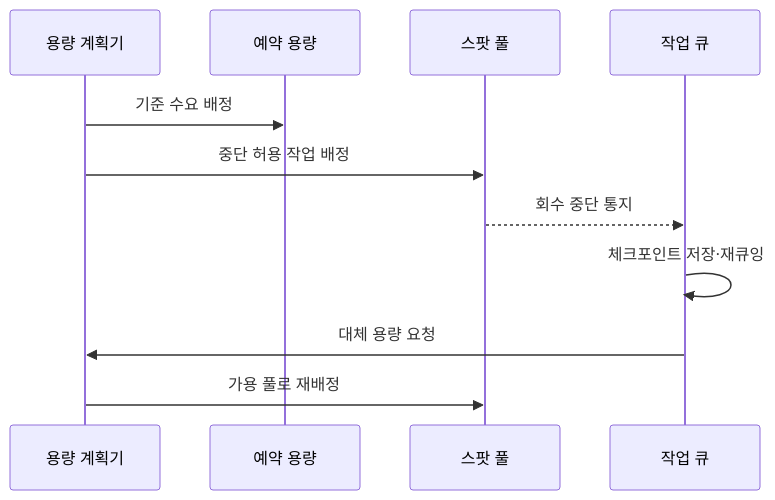
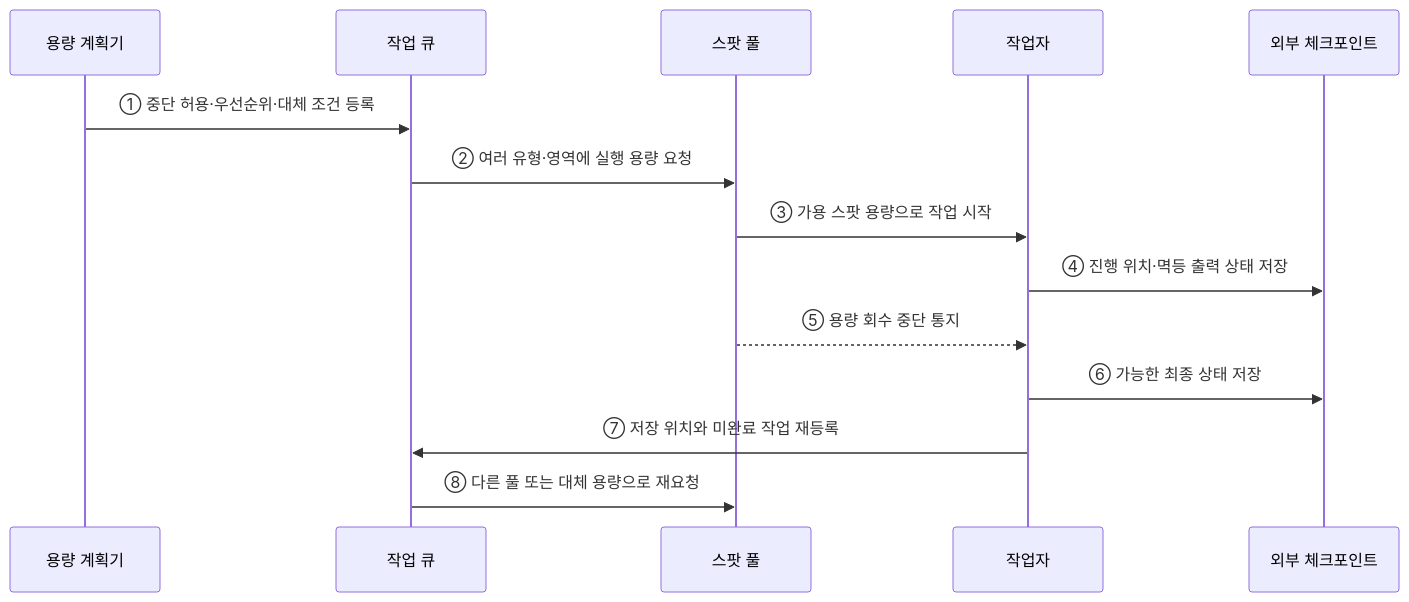
Before and after one commit to agnusdei1207/knowledge-base: the second of 2 diagrams in src/content/docs/notes/03-software/148_reserved_spot_instance.md, drawn with Mermaid. The commit also changed other lines of this file and 20 other files, not shown here.

````diff
--- a/src/content/docs/notes/03-software/148_reserved_spot_instance.md
+++ b/src/content/docs/notes/03-software/148_reserved_spot_instance.md
@@ -83,13 +72,16 @@
 ```mermaid
 sequenceDiagram
     participant P as 용량 계획기
-    participant R as 예약 용량
+    participant Q as 작업 큐
     participant S as 스팟 풀
-    participant Q as 작업 큐
-    P->>R: 기준 수요 배정
-    P->>S: 중단 허용 작업 배정
-    S-->>Q: 회수 중단 통지
-    Q->>Q: 체크포인트 저장·재큐잉
-    Q->>P: 대체 용량 요청
-    P->>S: 가용 풀로 재배정
+    participant W as 작업자
+    participant C as 외부 체크포인트
+    P->>Q: ① 중단 허용·우선순위·대체 조건 등록
+    Q->>S: ② 여러 유형·영역에 실행 용량 요청
+    S->>W: ③ 가용 스팟 용량으로 작업 시작
+    W->>C: ④ 진행 위치·멱등 출력 상태 저장
+    S-->>W: ⑤ 용량 회수 중단 통지
+    W->>C: ⑥ 가능한 최종 상태 저장
+    W->>Q: ⑦ 저장 위치와 미완료 작업 재등록
+    Q->>S: ⑧ 다른 풀 또는 대체 용량으로 재요청
 ```
````
